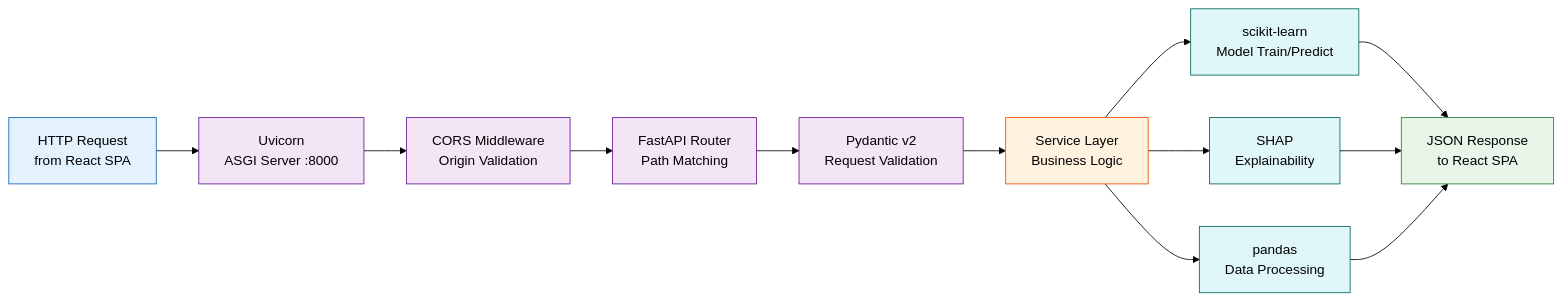
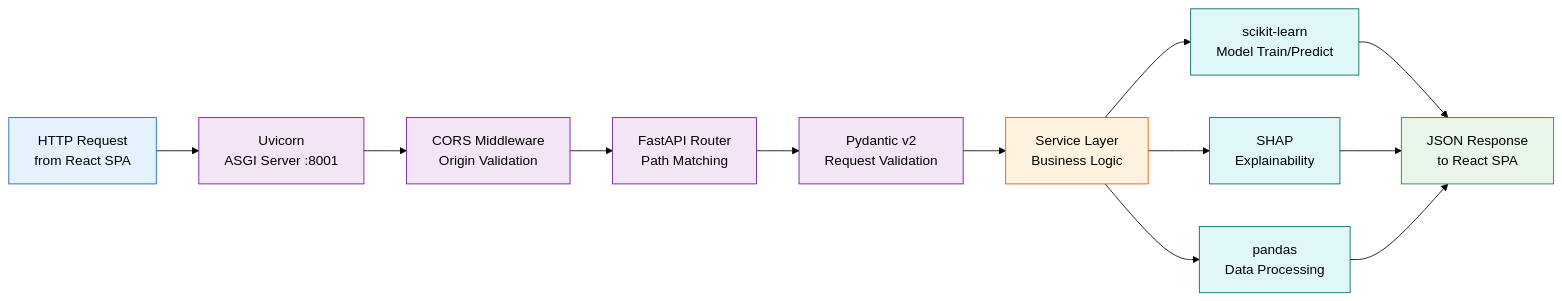
Before and after one commit to EudaLabs/HealthWithSevgi: the fifth of 6 diagrams in docs/mermaid/toolchain.md, drawn with Mermaid (forest theme). The commit also changed other lines of this file and 3 other files, not shown here.

````diff
--- a/docs/mermaid/toolchain.md
+++ b/docs/mermaid/toolchain.md
@@ -261,36 +261,36 @@
 ```mermaid
 graph LR
     REQ["HTTP Request<br/>from React SPA"]
-    UVICORN["Uvicorn<br/>ASGI Server :8000"]
+    UVICORN["Uvicorn<br/>ASGI Server :8001"]
     CORS["CORS Middleware<br/>Origin Validation"]
     FASTAPI["FastAPI Router<br/>Path Matching"]
     PYDANTIC["Pydantic v2<br/>Request Validation"]
     SERVICE["Service Layer<br/>Business Logic"]
     SKLEARN["scikit-learn<br/>Model Train/Predict"]
     SHAP2["SHAP<br/>Explainability"]
     PANDAS["pandas<br/>Data Processing"]
     RESP["JSON Response<br/>to React SPA"]
 
     REQ --> UVICORN
     UVICORN --> CORS
     CORS --> FASTAPI
     FASTAPI --> PYDANTIC
     PYDANTIC --> SERVICE
     SERVICE --> SKLEARN
     SERVICE --> SHAP2
     SERVICE --> PANDAS
     SKLEARN --> RESP
     SHAP2 --> RESP
     PANDAS --> RESP
 
     style REQ fill:#e3f2fd,stroke:#1565c0,color:#000
     style UVICORN fill:#f3e5f5,stroke:#6a1b9a,color:#000
     style CORS fill:#f3e5f5,stroke:#6a1b9a,color:#000
     style FASTAPI fill:#f3e5f5,stroke:#6a1b9a,color:#000
     style PYDANTIC fill:#f3e5f5,stroke:#6a1b9a,color:#000
     style SERVICE fill:#fff3e0,stroke:#e65100,color:#000
     style SKLEARN fill:#e0f7fa,stroke:#00695c,color:#000
     style SHAP2 fill:#e0f7fa,stroke:#00695c,color:#000
     style PANDAS fill:#e0f7fa,stroke:#00695c,color:#000
     style RESP fill:#e8f5e9,stroke:#2e7d32,color:#000
 ```
````
